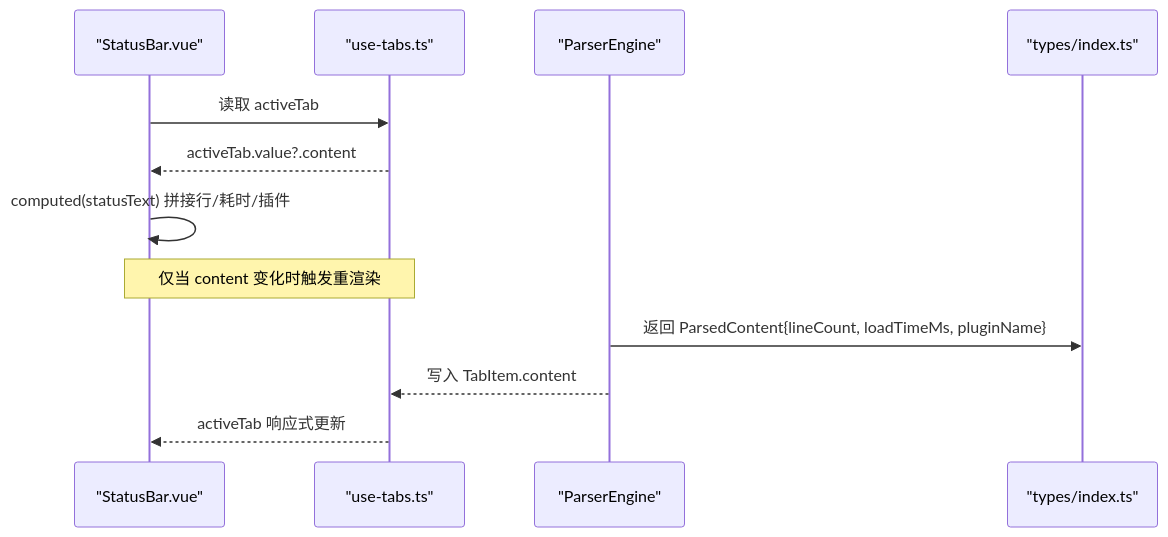
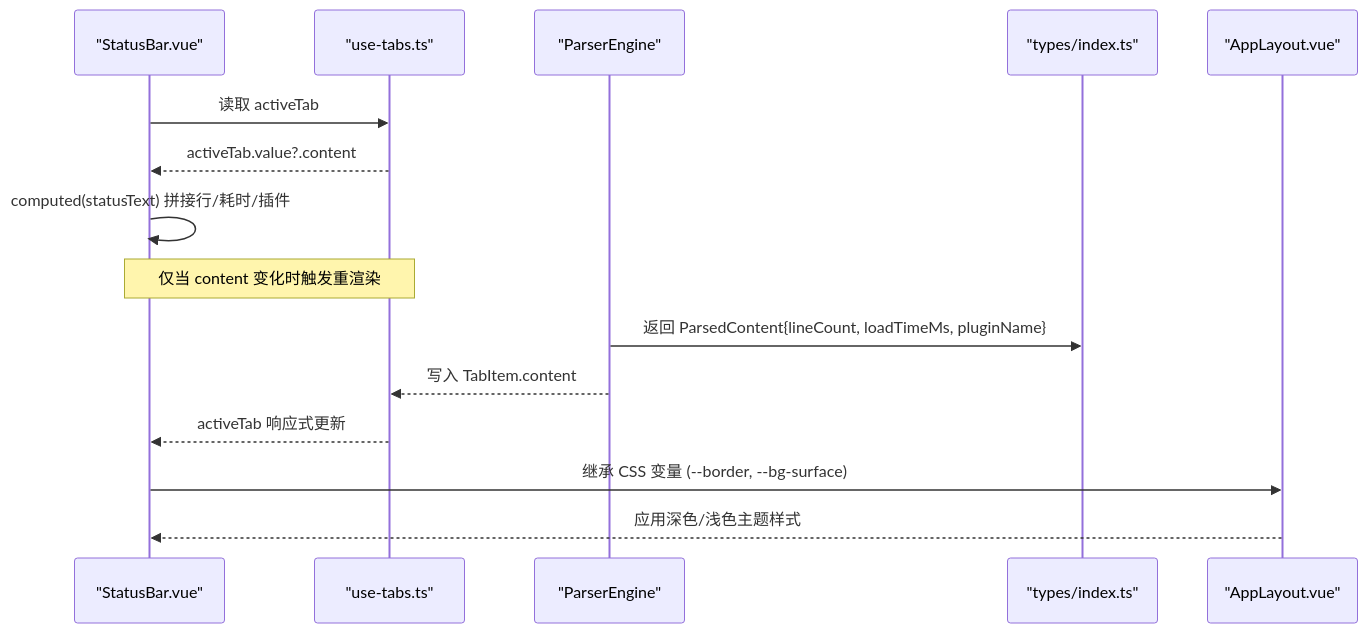
One commit to taoweidong/Hello-Tauri changed the second of 4 diagrams in .qoder/repowiki/zh/content/用户界面/核心组件/工作区组件/状态栏组件.md. Above: the diagram before and after it, drawn with Mermaid. The commit also changed other lines of this file and 14 other files, not shown here.

````diff
--- a/.qoder/repowiki/zh/content/用户界面/核心组件/工作区组件/状态栏组件.md
+++ b/.qoder/repowiki/zh/content/用户界面/核心组件/工作区组件/状态栏组件.md
@@ -83,14 +105,17 @@
 ```mermaid
 sequenceDiagram
 participant UI as "StatusBar.vue"
 participant Tabs as "use-tabs.ts"
 participant Engine as "ParserEngine"
 participant Types as "types/index.ts"
+participant Theme as "AppLayout.vue"
 UI->>Tabs : 读取 activeTab
 Tabs-->>UI : activeTab.value?.content
 UI->>UI : computed(statusText) 拼接行/耗时/插件
 Note over UI,Tabs : 仅当 content 变化时触发重渲染
 Engine->>Types : 返回 ParsedContent{lineCount, loadTimeMs, pluginName}
 Engine-->>Tabs : 写入 TabItem.content
 Tabs-->>UI : activeTab 响应式更新
+UI->>Theme : 继承 CSS 变量 (--border, --bg-surface)
+Theme-->>UI : 应用深色/浅色主题样式
 ```
````
